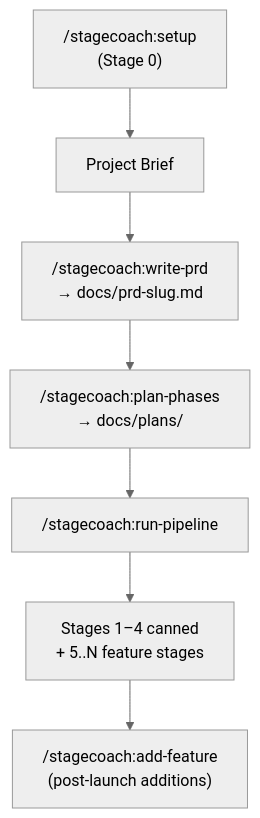
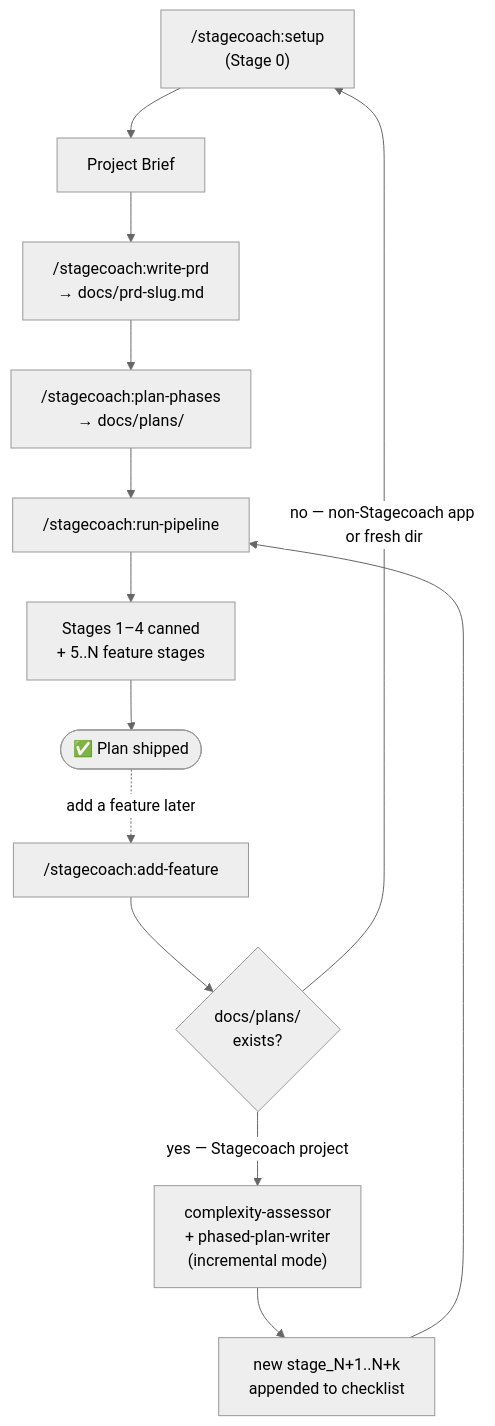
Before and after one commit to steve-piece/Stagecoach: the diagram in README.md, drawn with Mermaid (neutral theme). The commit also changed other lines of this file, not shown here.

First paragraph of the commit message:
docs: show /stagecoach:add-feature as a closed loop in the workflow Mermaid
The previous Mermaid had add-feature as a dead-end terminal node hanging
off the last stage box, which obscured the actual mental model: the
post-launch additions feed back into the same delivery pipeline.

````diff
--- a/README.md
+++ b/README.md
@@ -34,10 +34,17 @@
 ```mermaid
 flowchart TD
     Setup["/stagecoach:setup<br/>(Stage 0)"]
     Setup --> Brief["Project Brief"]
     Brief --> PRD["/stagecoach:write-prd<br/>→ docs/prd-slug.md"]
     PRD --> Phased["/stagecoach:plan-phases<br/>→ docs/plans/"]
     Phased --> Run["/stagecoach:run-pipeline"]
     Run --> Stages["Stages 1–4 canned<br/>+ 5..N feature stages"]
-    Stages --> Add["/stagecoach:add-feature<br/>(post-launch additions)"]
+    Stages --> Done(["✅ Plan shipped"])
+
+    Done -.->|"add a feature later"| Add["/stagecoach:add-feature"]
+    Add --> Detect{"docs/plans/<br/>exists?"}
+    Detect -->|"yes — Stagecoach project"| Assess["complexity-assessor<br/>+ phased-plan-writer<br/>(incremental mode)"]
+    Detect -->|"no — non-Stagecoach app or fresh dir"| Setup
+    Assess --> NewStages["new stage_N+1..N+k<br/>appended to checklist"]
+    NewStages --> Run
 ```
````
